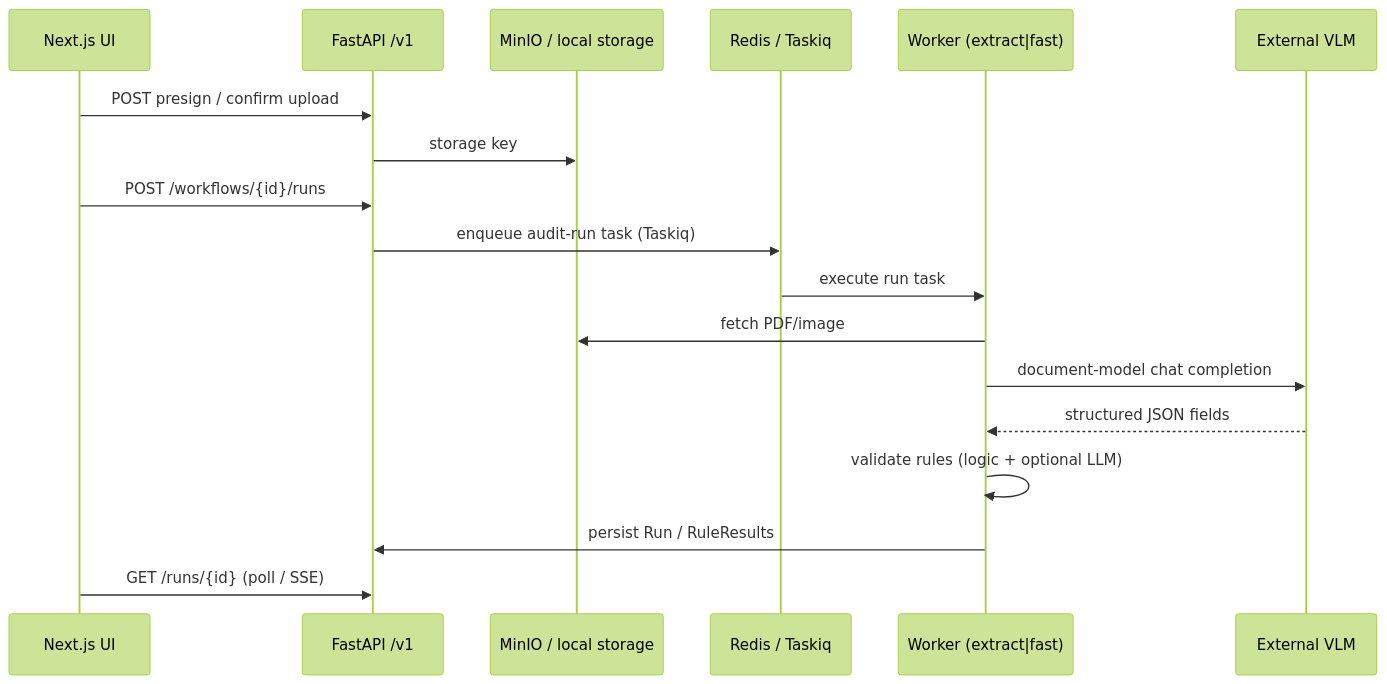
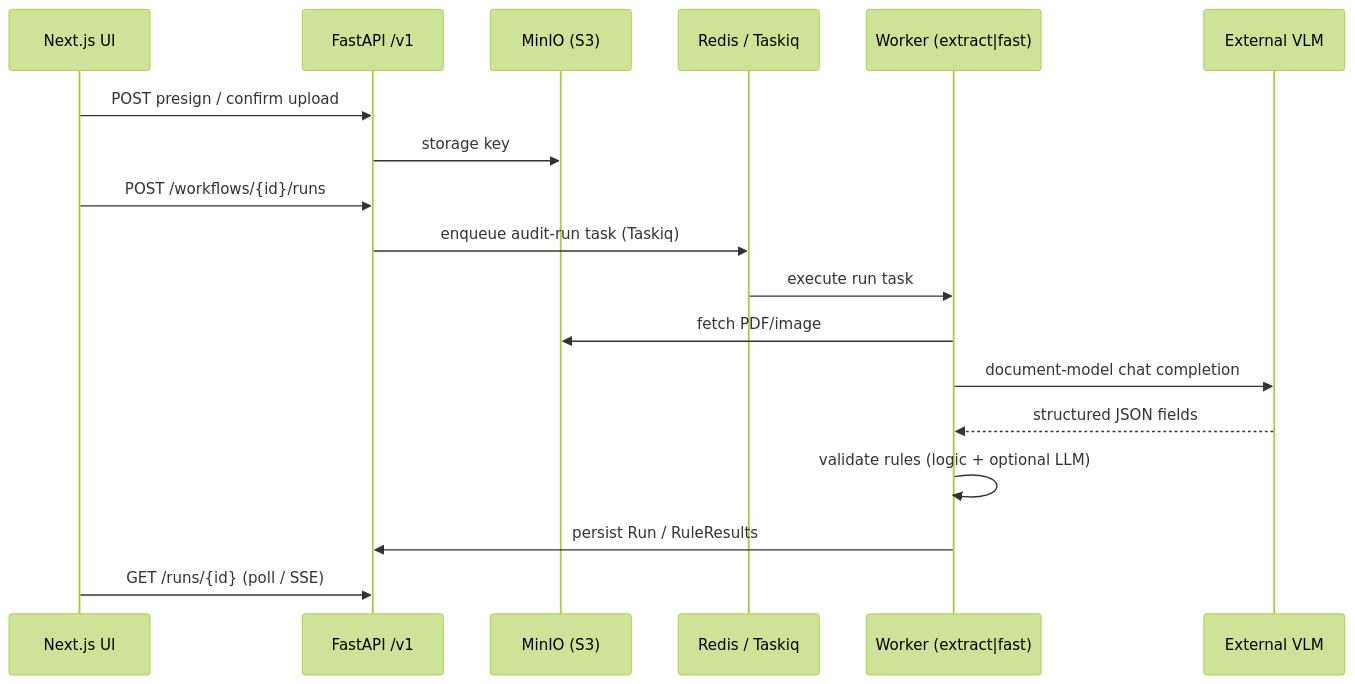
One commit to MehdiGououiad/repody changed the diagram in CONTEXT.md. Above: the diagram before and after it, drawn with Mermaid (forest theme). The commit also changed other lines of this file and 141 other files, not shown here.

````diff
--- a/CONTEXT.md
+++ b/CONTEXT.md
@@ -35,21 +34,21 @@
 ```mermaid
 sequenceDiagram
   participant UI as Next.js UI
   participant API as FastAPI /v1
-  participant Store as MinIO / local storage
+  participant Store as MinIO (S3)
   participant Q as Redis / Taskiq
   participant W as Worker (extract|fast)
   participant Inf as External VLM
 
   UI->>API: POST presign / confirm upload
   API->>Store: storage key
   UI->>API: POST /workflows/{id}/runs
   API->>Q: enqueue audit-run task (Taskiq)
   Q->>W: execute run task
   W->>Store: fetch PDF/image
   W->>Inf: document-model chat completion
   Inf-->>W: structured JSON fields
   W->>W: validate rules (logic + optional LLM)
   W->>API: persist Run / RuleResults
   UI->>API: GET /runs/{id} (poll / SSE)
 ```
````
